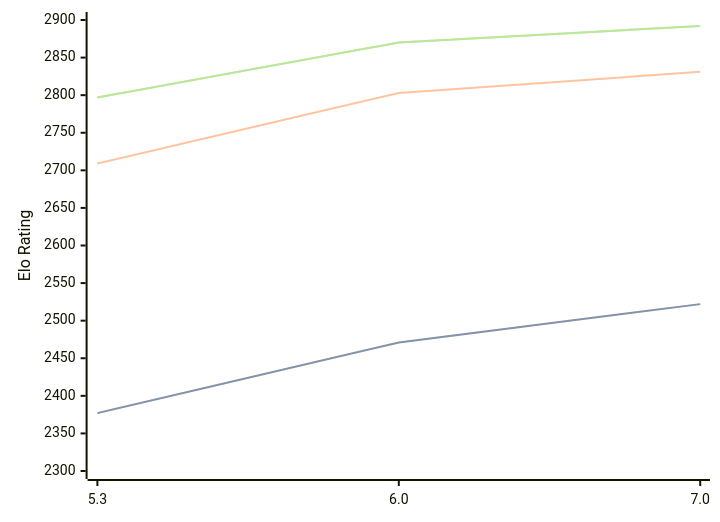
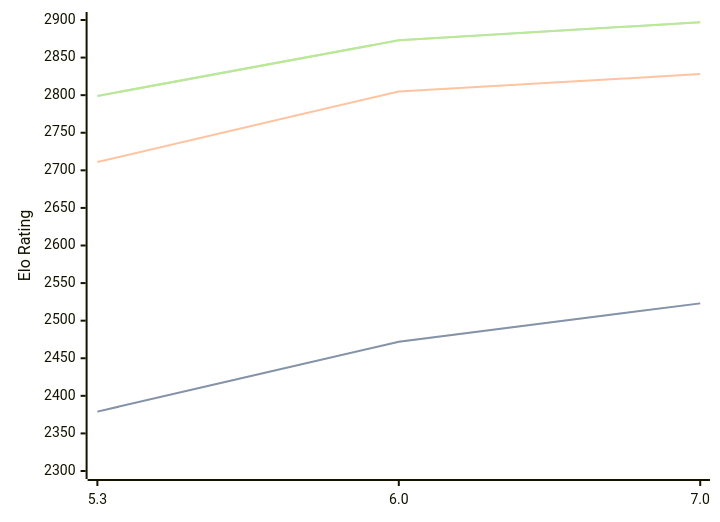
Before and after one commit to computer-chess-index/cci: the diagram in engines/tomitankChess.md, drawn with Mermaid. The commit also changed other lines of this file, not shown here.

Commit message:
Update CCI Ratings (ELO VLTC) - 2026-08-09

````diff
--- a/engines/tomitankChess.md
+++ b/engines/tomitankChess.md
@@ -33,11 +33,11 @@
 ```mermaid
 %%{init: {"theme":"base","themeVariables":{"seriesColors:['#a3a3a3','#222221','#faa371']}}}%%
 xychart-beta
   x-axis ["5.3", "6.0", "7.0"]
   y-axis "Elo Rating" 2300 --> 2900
-  line "STC (8.0+0.08s)" [2377, 2471, 2522]
-  line "STC (8.0+0.08s)" [2377, 2471, 2522]
-  line "LTC (60.0+0.60s)" [2709, 2803, 2831]
-  line "VLTC (2m24s+1.12s)" [2797, 2870, 2892]
-  line "VLTC (2m24s+1.12s)" [2797, 2870, 2892]
+  line "STC (8.0+0.08s)" [2379, 2472, 2523]
+  line "STC (8.0+0.08s)" [2379, 2472, 2523]
+  line "LTC (60.0+0.60s)" [2711, 2805, 2828]
+  line "VLTC (2m24s+1.12s)" [2799, 2873, 2897]
+  line "VLTC (2m24s+1.12s)" [2799, 2873, 2897]
 ```
````
